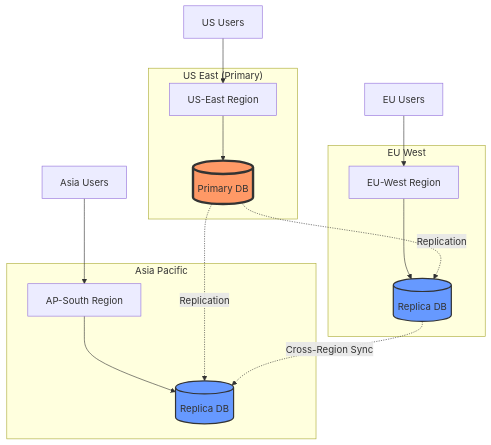
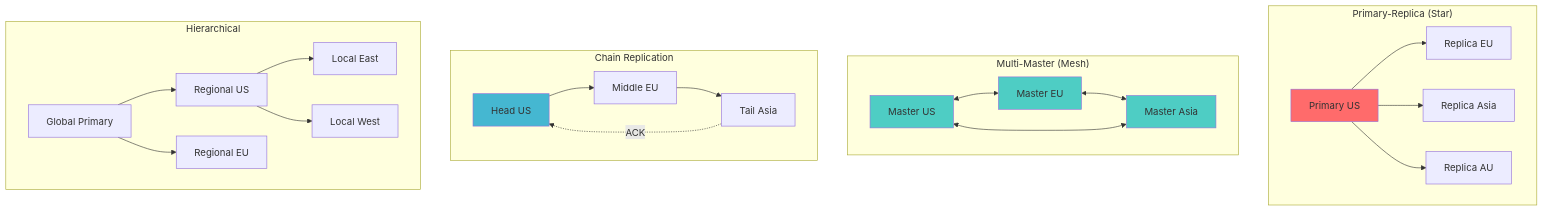
The second of 9 diagrams in docs/pattern-library/scaling/geo-replication.md (deepaucksharma/DStudio), drawn with Mermaid before and after one commit. The commit also changed other lines of this file and 23 other files, not shown here.

````diff
--- a/docs/pattern-library/scaling/geo-replication.md
+++ b/docs/pattern-library/scaling/geo-replication.md
@@ -117,33 +111,33 @@
 ```mermaid
 graph TB
-    subgraph "US East (Primary)"
-        USE[US-East Region]
-        USEDB[(Primary DB)]
+    subgraph "Primary-Replica (Star)"
+        P1[Primary US] --> R1[Replica EU]
+        P1 --> R2[Replica Asia]
+        P1 --> R3[Replica AU]
     end
     
-    subgraph "EU West"
-        EUW[EU-West Region]
-        EUWDB[(Replica DB)]
+    subgraph "Multi-Master (Mesh)"
+        M1[Master US] <--> M2[Master EU]
+        M2 <--> M3[Master Asia]
+        M3 <--> M1
     end
     
-    subgraph "Asia Pacific"
-        APS[AP-South Region]
-        APSDB[(Replica DB)]
+    subgraph "Chain Replication"
+        C1[Head US] --> C2[Middle EU] --> C3[Tail Asia]
+        C3 -.->|ACK| C1
     end
     
-    USE --> USEDB
-    EUW --> EUWDB
-    APS --> APSDB
+    subgraph "Hierarchical"
+        H1[Global Primary]
+        H1 --> H2[Regional US]
+        H1 --> H3[Regional EU]
+        H2 --> H4[Local East]
+        H2 --> H5[Local West]
+    end
     
-    USEDB -.->|Replication| EUWDB
-    USEDB -.->|Replication| APSDB
-    EUWDB -.->|Cross-Region Sync| APSDB
-    
-    U1[US Users] --> USE
-    U2[EU Users] --> EUW
-    U3[Asia Users] --> APS
-    
-    style USEDB fill:#f96,stroke:#333,stroke-width:4px
-    style EUWDB fill:#69f,stroke:#333,stroke-width:2px
-    style APSDB fill:#69f,stroke:#333,stroke-width:2px
+    style P1 fill:#FF6B6B
+    style M1 fill:#4ECDC4
+    style M2 fill:#4ECDC4
+    style M3 fill:#4ECDC4
+    style C1 fill:#45B7D1
 ```
````
